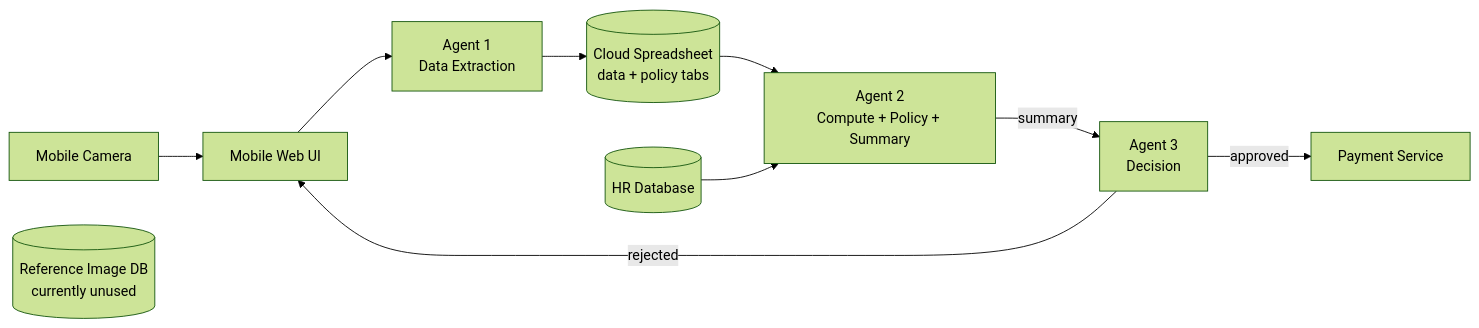
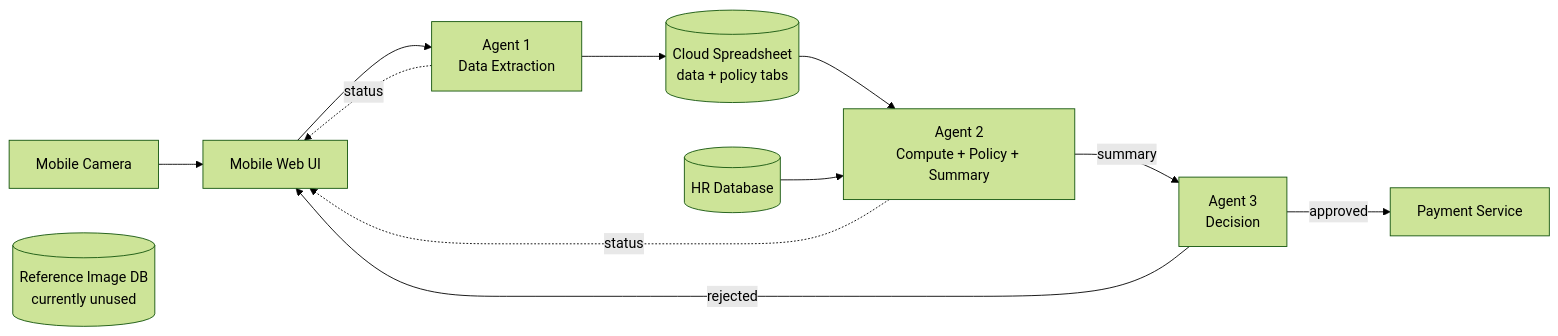
The diagram in 01-system-overview.md (barbararomeira/agentic-expense-reporting-system), drawn with Mermaid (forest theme) before and after one commit. The commit also changed other lines of this file, not shown here.

Commit message:
Step 1: add agent status/feedback channels to mobile UI to match course diagram

````diff
--- a/01-system-overview.md
+++ b/01-system-overview.md
@@ -54,12 +54,14 @@
 ```mermaid
 graph LR
     Camera[Mobile Camera] --> MobileUI[Mobile Web UI]
     MobileUI --> Agent1[Agent 1<br/>Data Extraction]
     Agent1 --> Spreadsheet[(Cloud Spreadsheet<br/>data + policy tabs)]
     Spreadsheet --> Agent2[Agent 2<br/>Compute + Policy + Summary]
     HRDB[(HR Database)] --> Agent2
     Agent2 -- summary --> Agent3[Agent 3<br/>Decision]
     Agent3 -- approved --> Payment[Payment Service]
     Agent3 -- rejected --> MobileUI
+    Agent1 -. status .-> MobileUI
+    Agent2 -. status .-> MobileUI
     RefImages[(Reference Image DB<br/>currently unused)]
 ```
````
